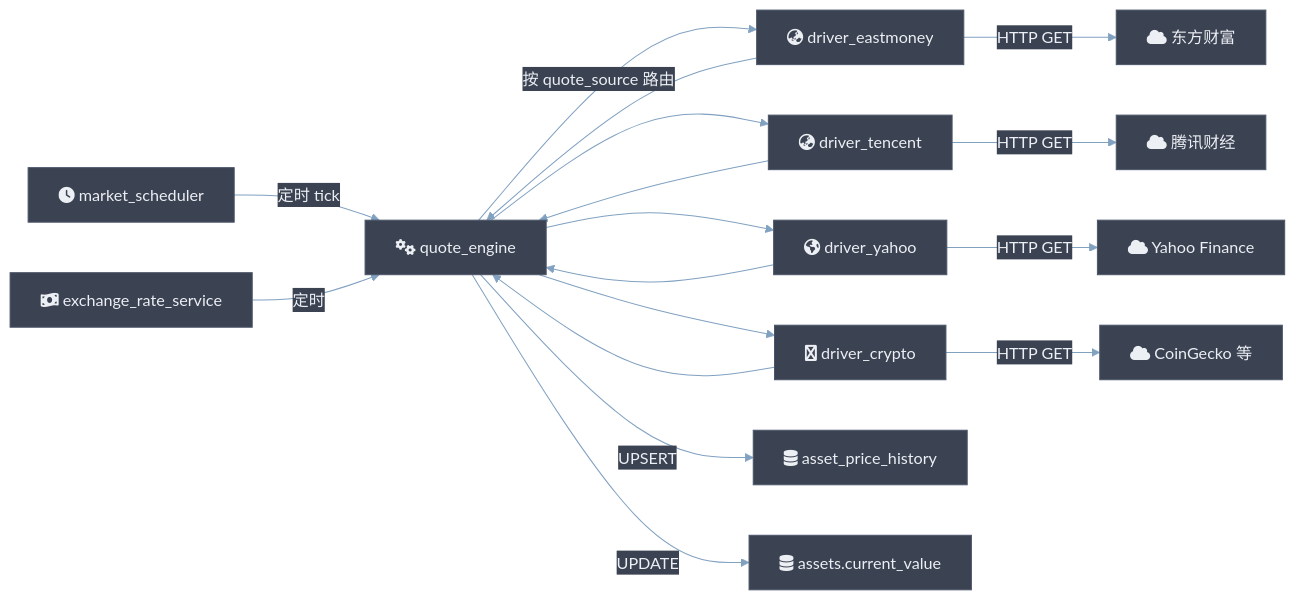
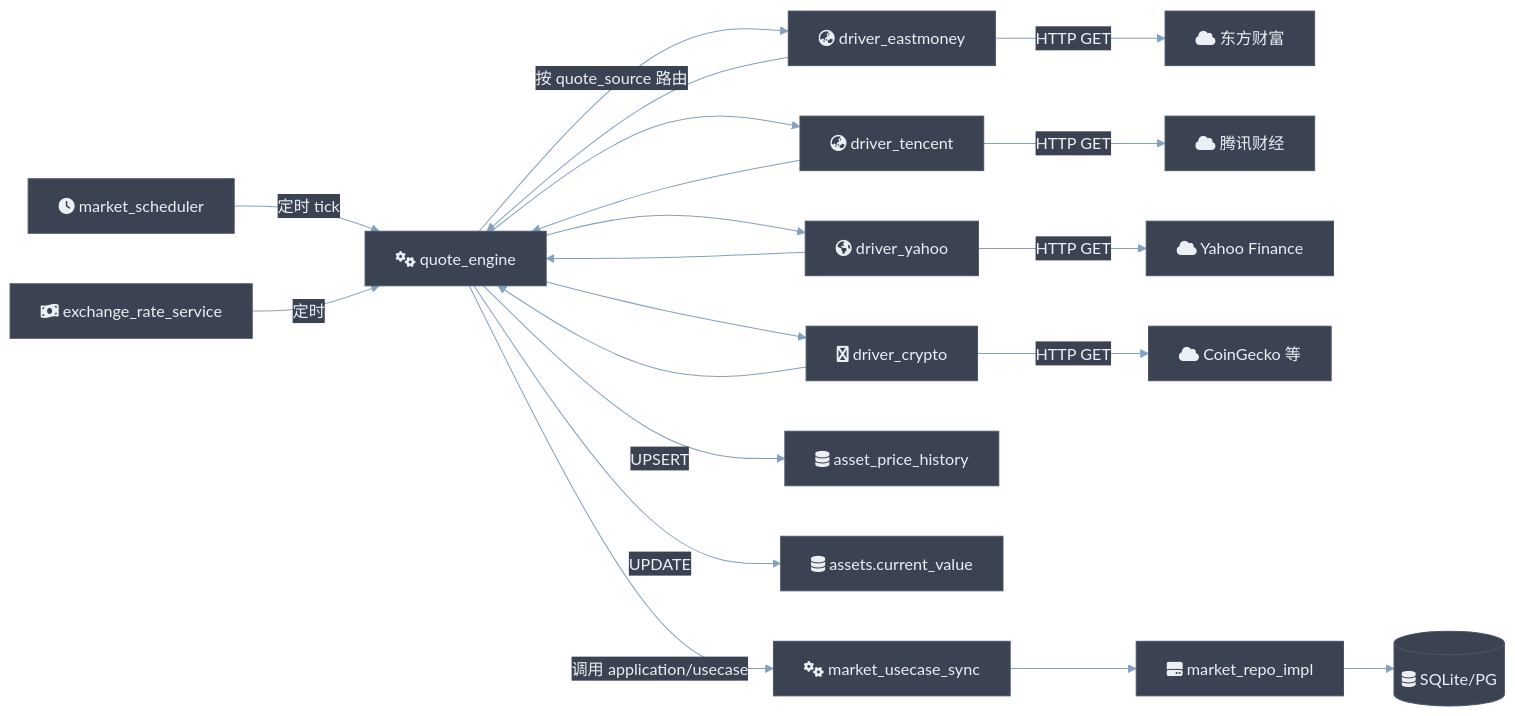
The sixth of 9 diagrams in docs/architecture.md (quintin-lee/Minefolio), drawn with Mermaid before and after one commit. The commit also changed other lines of this file, not shown here.

Commit message:
docs(architecture): 📝 v1.1 — add DDD 4-layer architecture, expand to 20 CUnit tests, document legacy↔new dual-registration migration path

````diff
--- a/docs/architecture.md
+++ b/docs/architecture.md
@@ -546,31 +644,34 @@
 ```mermaid
 %%{init: {
   'theme': 'base',
   'themeVariables': {
     'background': '#2E3440','primaryColor': '#81A1C1','primaryBorderColor': '#4C566A',
     'primaryTextColor': '#ECEFF4','secondaryColor': '#3B4252','secondaryBorderColor': '#434C5E',
     'secondaryTextColor': '#D8DEE9','lineColor': '#81A1C1','textColor': '#ECEFF4',
     'mainBkg': '#3B4252','nodeBorder': '#4C566A','clusterBkg': '#2E3440',
     'clusterBorder': '#4C566A','titleColor': '#ECEFF4','edgeLabelBackground': '#3B4252',
     'nodeTextColor': '#ECEFF4'
   },
   'flowchart': {'htmlLabels': true, 'curve': 'basis'}
 }}%%
 graph LR
     sched["fa:fa-clock market_scheduler"] -->|"定时 tick"| engine["fa:fa-cogs quote_engine"]
     engine -->|"按 quote_source 路由"| d1["fa:fa-globe-asia driver_eastmoney"]
     engine --> d2["fa:fa-globe-asia driver_tencent"]
     engine --> d3["fa:fa-globe-americas driver_yahoo"]
     engine --> d4["fa:fa-bitcoin driver_crypto"]
     d1 -->|"HTTP GET"| em["fa:fa-cloud 东方财富"]
     d2 -->|"HTTP GET"| tx["fa:fa-cloud 腾讯财经"]
     d3 -->|"HTTP GET"| yh["fa:fa-cloud Yahoo Finance"]
     d4 -->|"HTTP GET"| cg["fa:fa-cloud CoinGecko 等"]
     d1 --> engine
     d2 --> engine
     d3 --> engine
     d4 --> engine
     engine -->|"UPSERT"| ph["fa:fa-database asset_price_history"]
     engine -->|"UPDATE"| assets["fa:fa-database assets.current_value"]
     fx["fa:fa-money-bill-wave exchange_rate_service"] -->|"定时"| engine
+    engine -->|"调用 application/usecase"| uc["fa:fa-cogs market_usecase_sync"]
+    uc --> infra["fa:fa-hdd market_repo_impl"]
+    infra --> db[("fa:fa-database SQLite/PG")]
 ```
````
